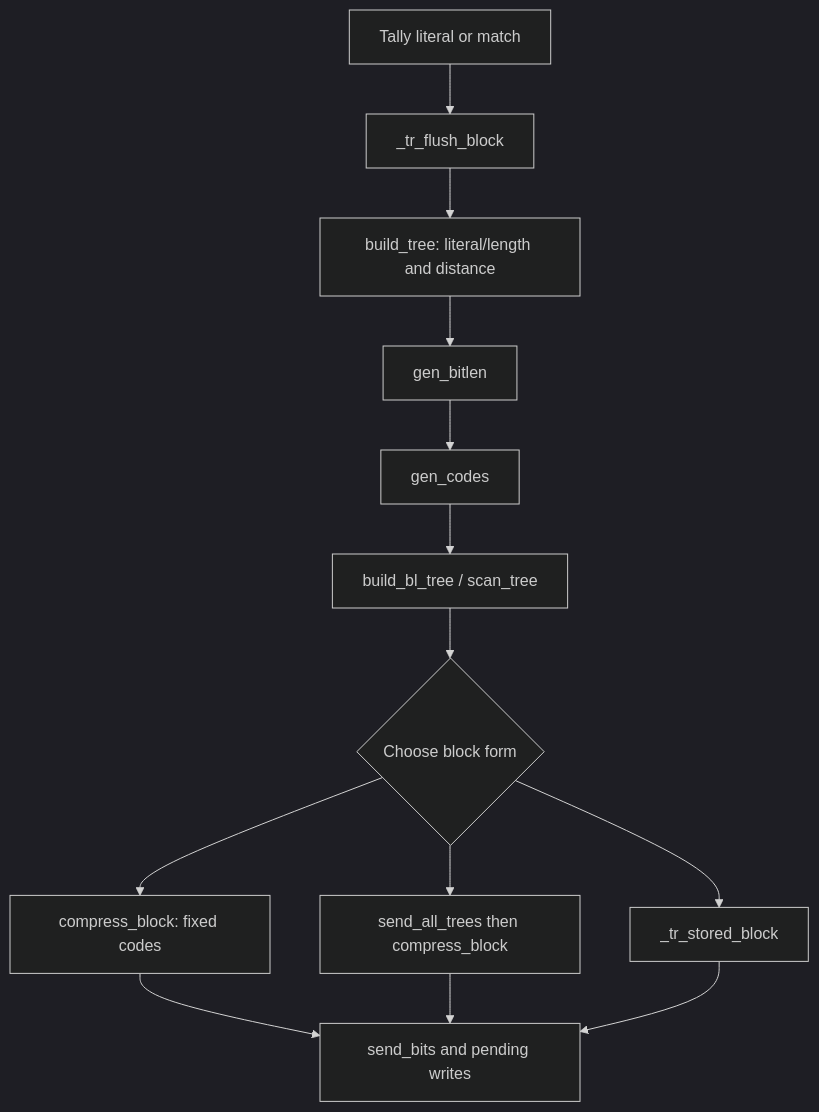
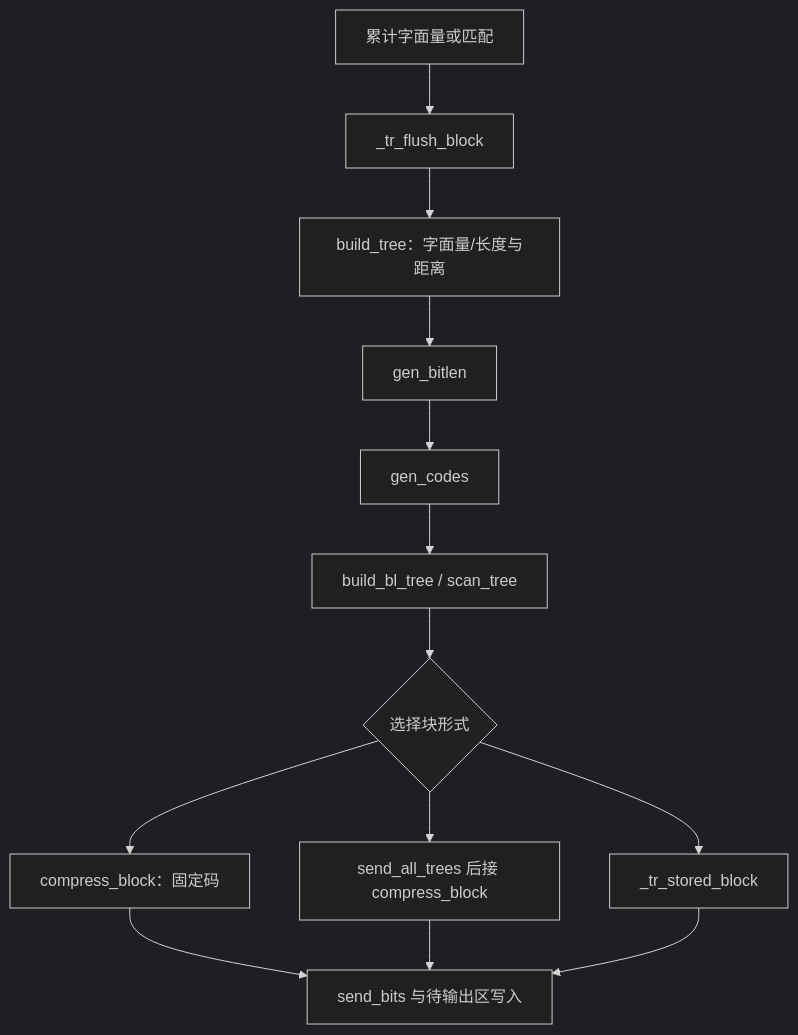
Before and after one commit to cla7aye15I4nd/zlib-f: the first of 2 diagrams in site/translations/proof/trees.zh.md, drawn with Mermaid (dark theme). The commit also changed other lines of this file and 61 other files, not shown here.

````diff
--- a/site/translations/proof/trees.zh.md
+++ b/site/translations/proof/trees.zh.md
@@ -14,15 +17,15 @@
 ```mermaid
 flowchart TD
-    Tally["Tally literal or match"] --> Flush["_tr_flush_block"]
-    Flush --> Trees["build_tree: literal/length and distance"]
+    Tally["累计字面量或匹配"] --> Flush["_tr_flush_block"]
+    Flush --> Trees["build_tree：字面量/长度与距离"]
     Trees --> Lengths["gen_bitlen"]
     Lengths --> Codes["gen_codes"]
     Codes --> BitTree["build_bl_tree / scan_tree"]
-    BitTree --> Choose{"Choose block form"}
+    BitTree --> Choose{"选择块形式"}
     Choose --> Stored["_tr_stored_block"]
-    Choose --> Fixed["compress_block: fixed codes"]
-    Choose --> Dynamic["send_all_trees then compress_block"]
-    Fixed --> Bits["send_bits and pending writes"]
+    Choose --> Fixed["compress_block：固定码"]
+    Choose --> Dynamic["send_all_trees 后接 compress_block"]
+    Fixed --> Bits["send_bits 与待输出区写入"]
     Dynamic --> Bits
     Stored --> Bits
 ```
````
